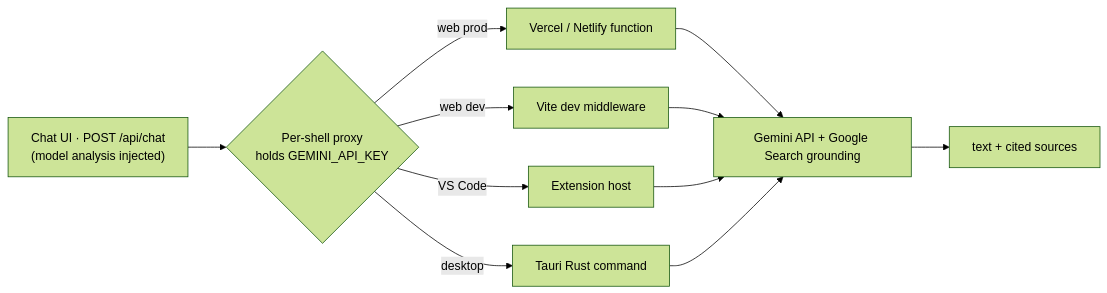
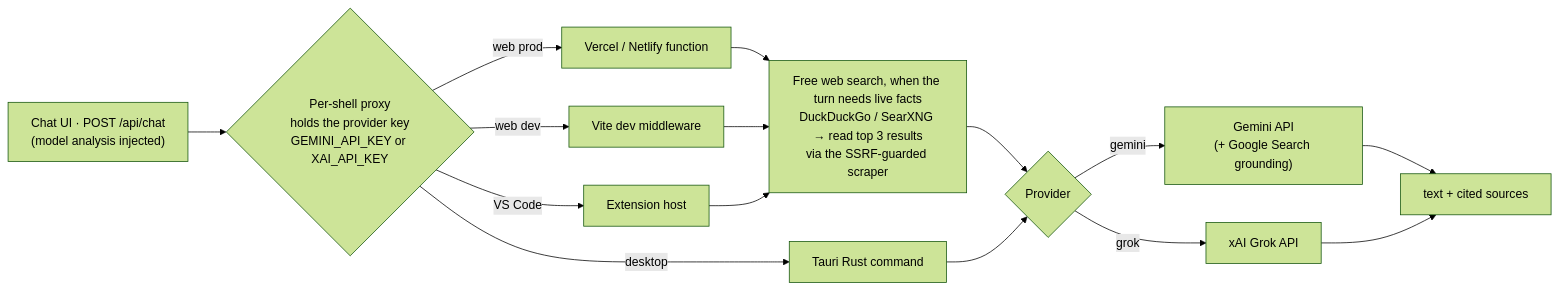
One commit to Premchand006/ModelVisio changed the fourth of 4 diagrams in README.md. Above: the diagram before and after it, drawn with Mermaid (forest theme). The commit also changed other lines of this file and 5 other files, not shown here.

First line of the commit message:
docs: Grok provider, free web search and AI-provider add-ons

````diff
--- a/README.md
+++ b/README.md
@@ -132,13 +132,15 @@
 ```mermaid
 flowchart LR
-  chat["Chat UI · POST /api/chat<br/>(model analysis injected)"] --> PROXY{"Per-shell proxy<br/>holds GEMINI_API_KEY"}
+  chat["Chat UI · POST /api/chat<br/>(model analysis injected)"] --> PROXY{"Per-shell proxy<br/>holds the provider key<br/>GEMINI_API_KEY or XAI_API_KEY"}
   PROXY -->|web prod| V["Vercel / Netlify function"]
   PROXY -->|web dev| MW["Vite dev middleware"]
   PROXY -->|VS Code| EH["Extension host"]
   PROXY -->|desktop| RS["Tauri Rust command"]
-  V --> GEM["Gemini API + Google Search grounding"]
-  MW --> GEM
-  EH --> GEM
-  RS --> GEM
+  V & MW & EH --> WS["Free web search, when the turn needs live facts<br/>DuckDuckGo / SearXNG → read top 3 results<br/>via the SSRF-guarded scraper"]
+  WS --> PICK{"Provider"}
+  RS --> PICK
+  PICK -->|gemini| GEM["Gemini API<br/>(+ Google Search grounding)"]
+  PICK -->|grok| GROK["xAI Grok API"]
   GEM --> OUT["text + cited sources"]
+  GROK --> OUT
 ```
````
